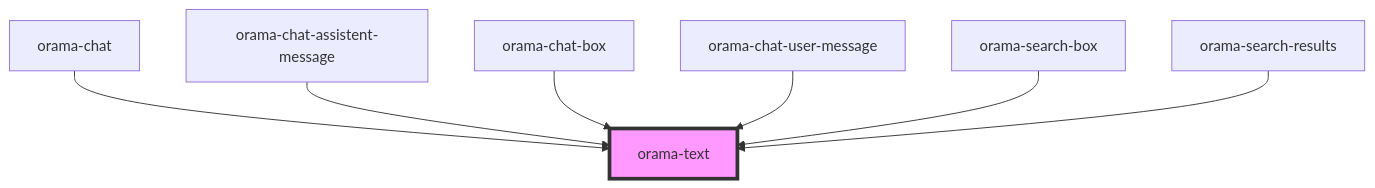
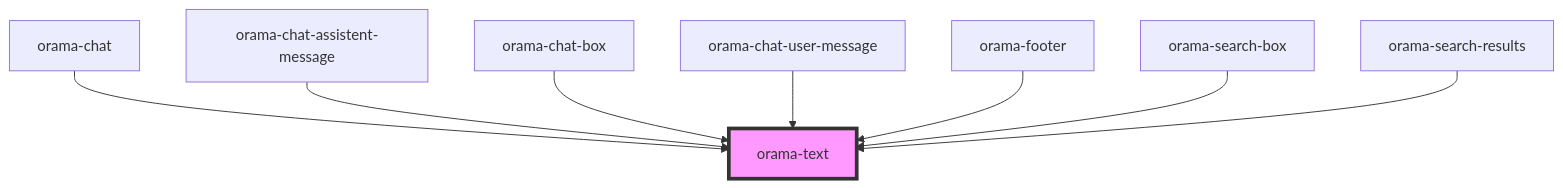
One commit to askorama/orama-ui-components changed the diagram in packages/ui-stencil/src/components/internal/orama-text/readme.md. Above: the diagram before and after it, drawn with Mermaid. The commit also changed other lines of this file and 13 other files, not shown here.

````diff
--- a/packages/ui-stencil/src/components/internal/orama-text/readme.md
+++ b/packages/ui-stencil/src/components/internal/orama-text/readme.md
@@ -29,10 +30,11 @@
 ```mermaid
 graph TD;
   orama-chat --> orama-text
   orama-chat-assistent-message --> orama-text
   orama-chat-box --> orama-text
   orama-chat-user-message --> orama-text
+  orama-footer --> orama-text
   orama-search-box --> orama-text
   orama-search-results --> orama-text
   style orama-text fill:#f9f,stroke:#333,stroke-width:4px
 ```
````
